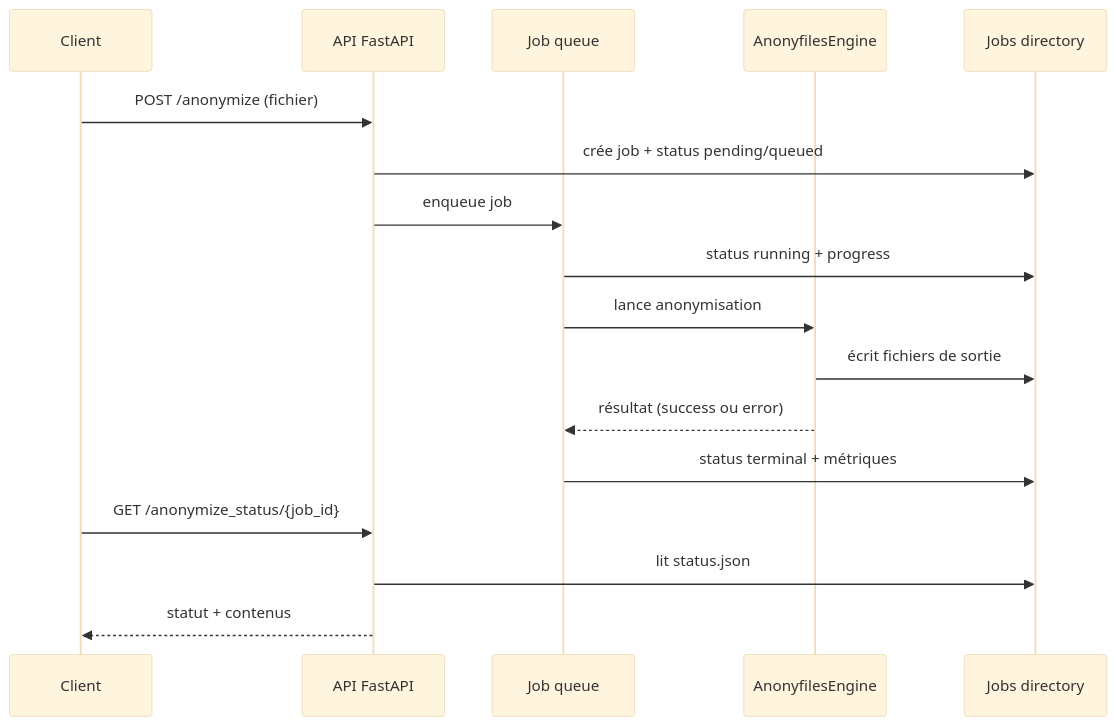
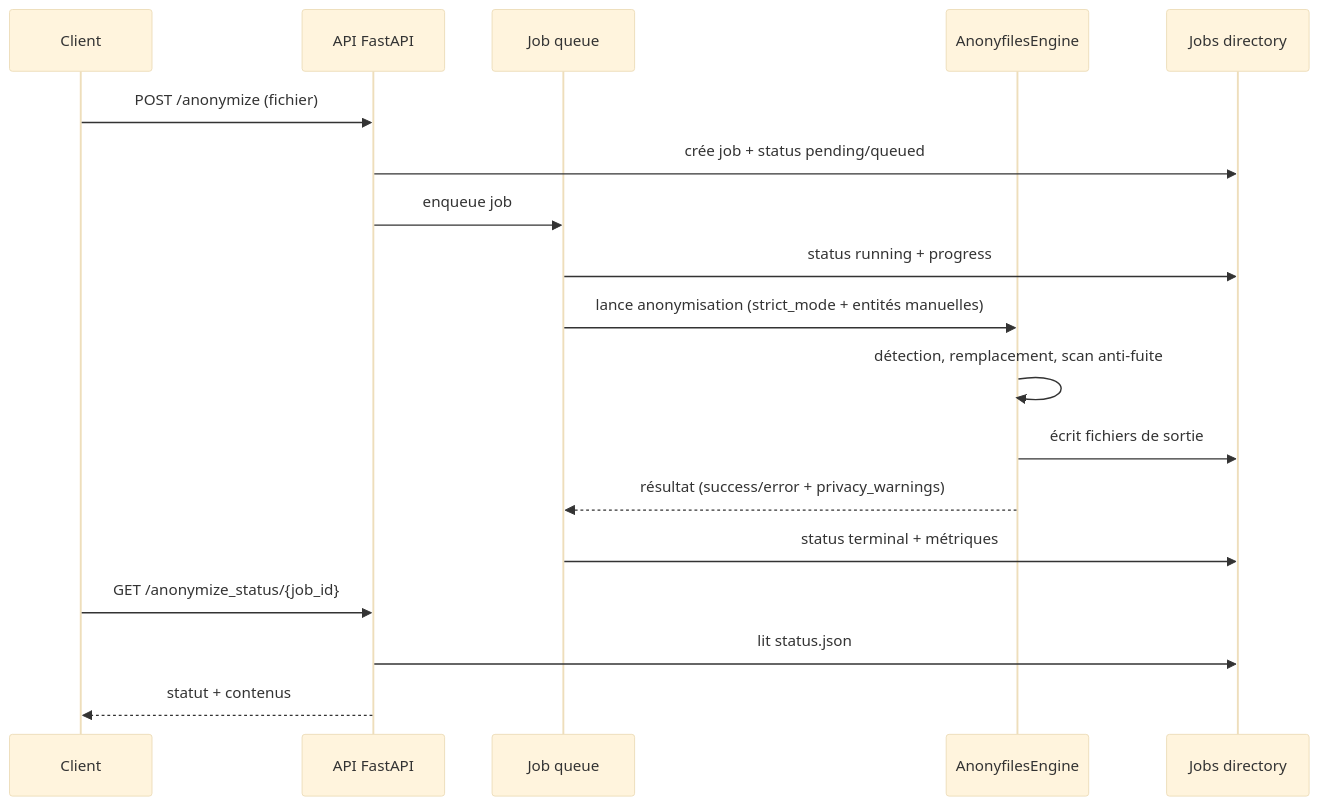
The first of 2 diagrams in docs/request_flow.md (simongrossi/anonyfiles), drawn with Mermaid (base theme) before and after one commit. The commit also changed other lines of this file and 37 other files, not shown here.

````diff
--- a/docs/request_flow.md
+++ b/docs/request_flow.md
@@ -31,20 +31,21 @@
 ```mermaid
 sequenceDiagram
     participant C as Client
     participant A as API FastAPI
     participant J as Job queue
     participant E as AnonyfilesEngine
     participant F as Jobs directory
 
     C->>A: POST /anonymize (fichier)
     A->>F: crée job + status pending/queued
     A->>J: enqueue job
     J->>F: status running + progress
-    J->>E: lance anonymisation
+    J->>E: lance anonymisation (strict_mode + entités manuelles)
+    E->>E: détection, remplacement, scan anti-fuite
     E->>F: écrit fichiers de sortie
-    E-->>J: résultat (success ou error)
+    E-->>J: résultat (success/error + privacy_warnings)
     J->>F: status terminal + métriques
     C->>A: GET /anonymize_status/{job_id}
     A->>F: lit status.json
     A-->>C: statut + contenus
 ```
````
